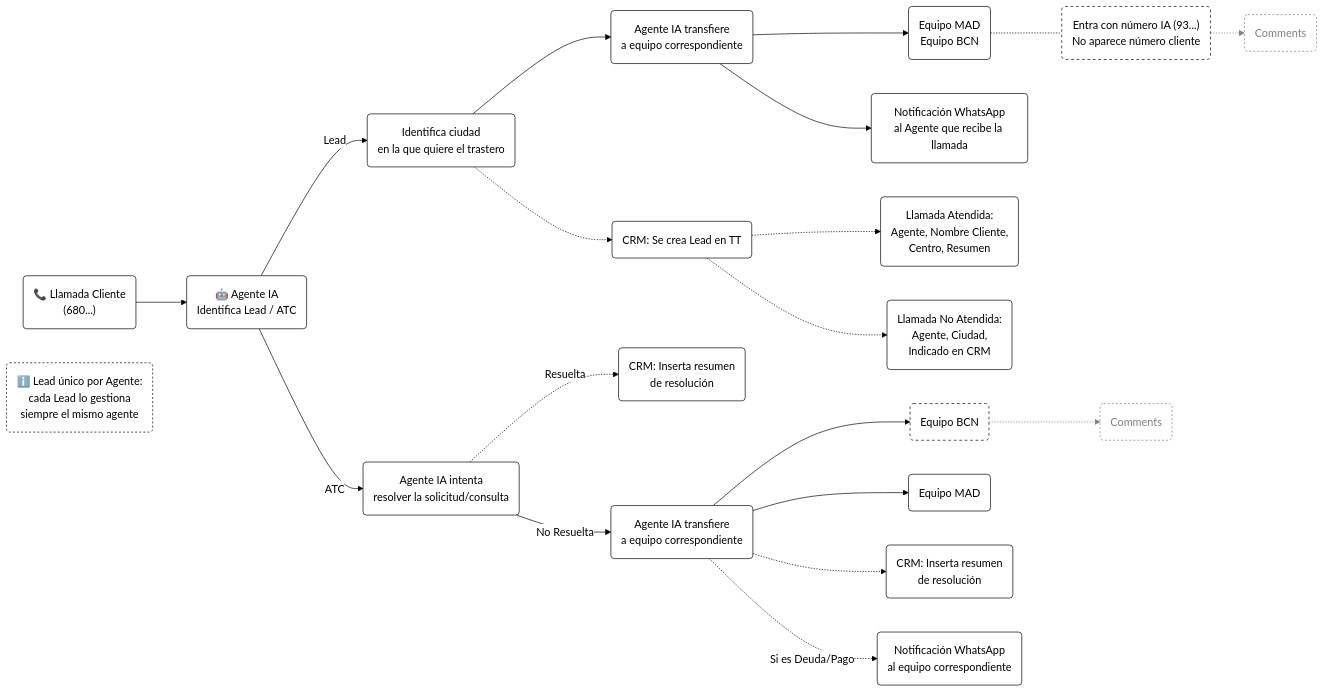
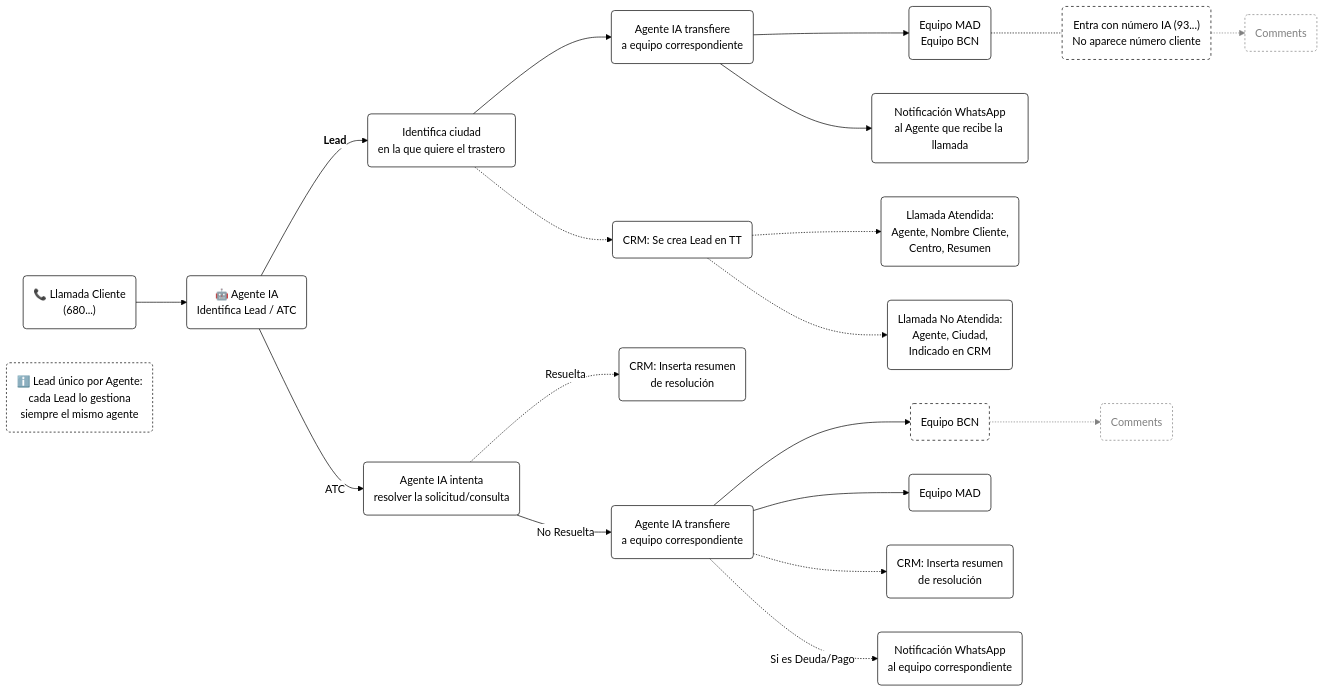
The diagram in flujo_en_horario (1).md (Fblanchete/Agente-IA), drawn with Mermaid before and after one commit.

Commit message:
Update flowchart labels for clarity

````diff
--- a/flujo_en_horario (1).md
+++ b/flujo_en_horario (1).md
@@ -3,38 +3,38 @@
 ```mermaid
 %%{init: {'theme': 'base', 'themeVariables': { 'fontFamily': 'Arial', 'background': '#FFFFFF', 'primaryColor': '#FFFFFF', 'primaryBorderColor': '#000000', 'primaryTextColor': '#000000', 'lineColor': '#000000', 'secondaryColor': '#FFFFFF', 'tertiaryColor': '#FFFFFF'}}}%%
 flowchart LR
     A1("📞 Llamada Cliente<br/>(680...)") --> A2("🤖 Agente IA<br/>Identifica Lead / ATC")
 
-    A2 -->|"Lead"| L1("Identifica ciudad<br/>en la que quiere el trastero")
+    A2 -->|"`**Lead**`"| L1("Identifica ciudad<br/>en la que quiere el trastero")
     L1 --> L2("Agente IA transfiere<br/>a equipo correspondiente")
     L1 -.-> CRM1("CRM: Se crea Lead en TT")
     L4 -.- L3("Entra con número IA (93...)<br/>No aparece número cliente")
     L2 --> L4("Equipo MAD<br/>Equipo BCN")
     L2 --> L5("Notificación WhatsApp<br/>al Agente que recibe la llamada")
     CRM1 -.-> LA("Llamada Atendida:<br/>Agente, Nombre Cliente,<br/>Centro, Resumen")
     CRM1 -.-> LNA("Llamada No Atendida:<br/>Agente, Ciudad,<br/>Indicado en CRM")
 
     A2 -->|ATC| T1("Agente IA intenta<br/>resolver la solicitud/consulta")
     T1 -.->|Resuelta| CRM2("CRM: Inserta resumen<br/>de resolución")
     T1 -->|No Resuelta| T2("Agente IA transfiere<br/>a equipo correspondiente")
     T2 --> T3("Equipo BCN")
     T2 --> T4("Equipo MAD")
     T2 -.-> CRM3("CRM: Inserta resumen<br/>de resolución")
     T2 -.->|Si es Deuda/Pago| WA1("Notificación WhatsApp<br/>al equipo correspondiente")
 
     N0("ℹ️ Lead único por Agente:<br/>cada Lead lo gestiona<br/>siempre el mismo agente")
 
     L3 -.-> L3C("Comments")
     T3 -.-> T3C("Comments")
 
     classDef todos fill:#FFFFFF,stroke:#000000,color:#000000
     classDef nota fill:#FFFFFF,stroke:#000000,color:#000000,stroke-dasharray: 3 3
     classDef bcn fill:#FFFFFF,stroke:#000000,color:#000000,stroke-dasharray: 4 4
     classDef comment fill:#FFFFFF,stroke:#808080,color:#808080,stroke-dasharray: 3 3
     class A1,A2,L1,L2,L4,L5,LA,LNA,CRM1,CRM2,CRM3,T1,T2,T4,WA1 todos
     class N0 nota
     class L3,T3 bcn
     class L3C,T3C comment
     linkStyle 16 stroke:#808080,stroke-width:1px
     linkStyle 17 stroke:#808080,stroke-width:1px
 ```
````
